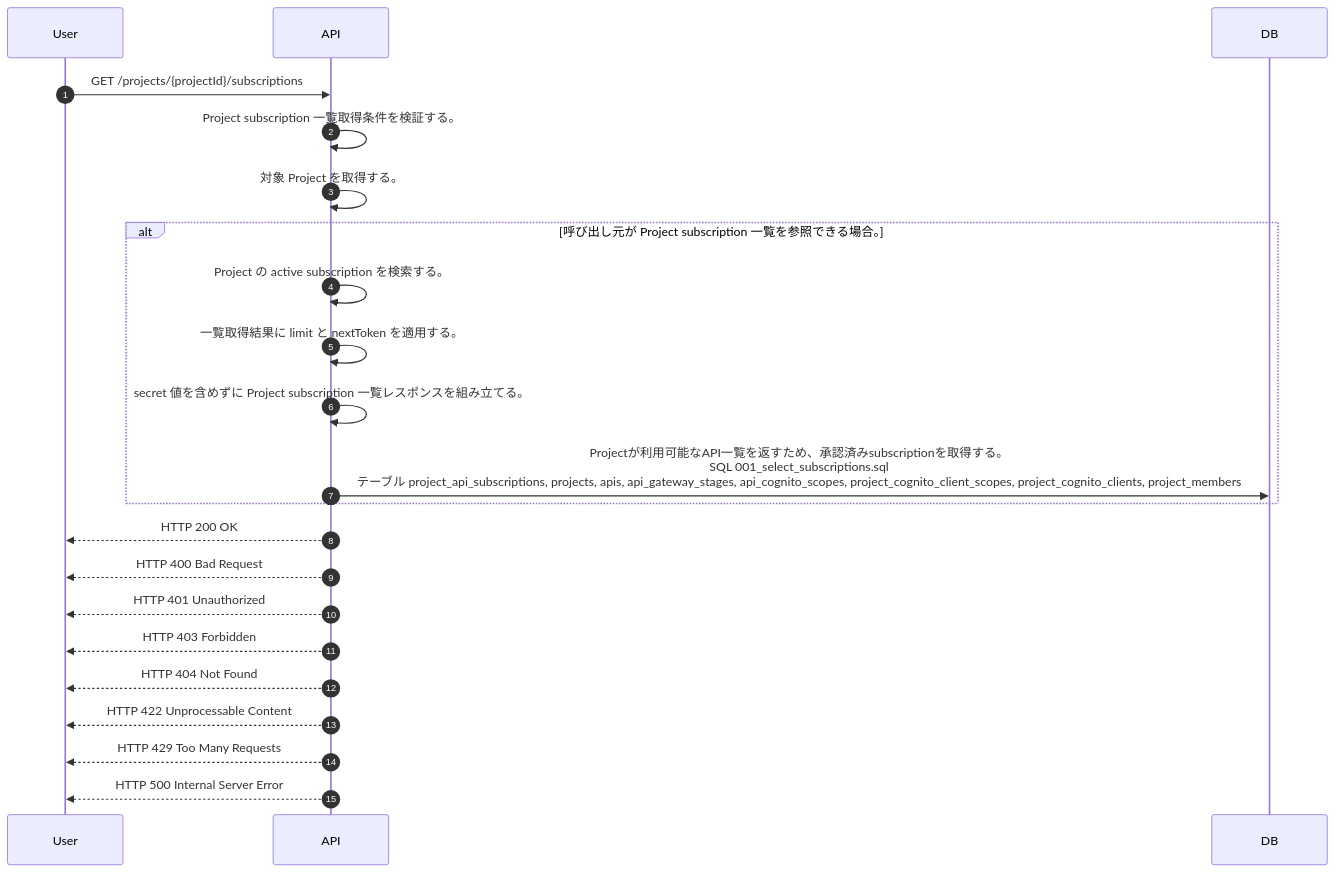
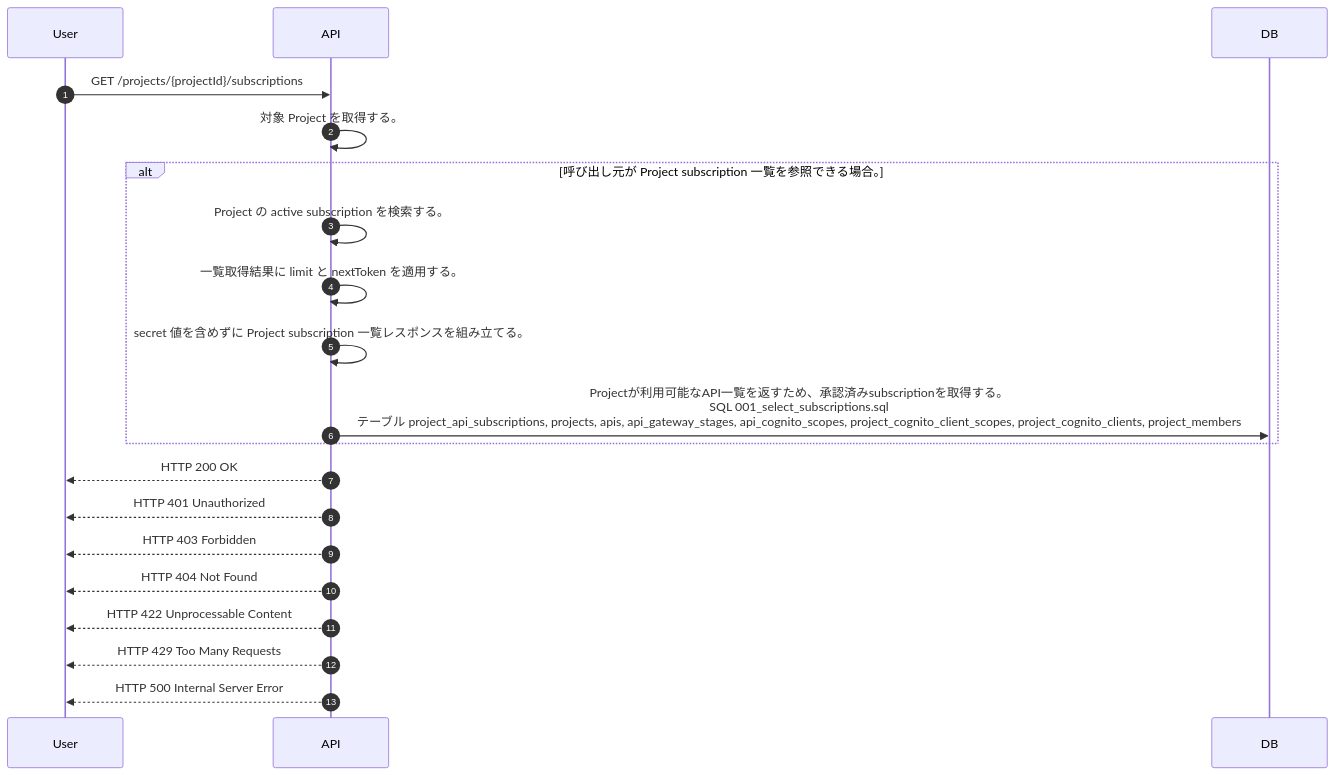
One commit to tsuji-tomonori/lazunex changed the diagram in docs/spec/40.apis/projects/list_project_subscriptions/sequence_gen.md. Above: the diagram before and after it, drawn with Mermaid. The commit also changed 39 other files, not shown here.

````diff
--- a/docs/spec/40.apis/projects/list_project_subscriptions/sequence_gen.md
+++ b/docs/spec/40.apis/projects/list_project_subscriptions/sequence_gen.md
@@ -5,24 +5,22 @@
 ```mermaid
 sequenceDiagram
   autonumber
   participant User as User
   participant API as API
   participant DB as DB
   User->>API: GET /projects/{projectId}/subscriptions
-  API->>API: Project subscription 一覧取得条件を検証する。
   API->>API: 対象 Project を取得する。
   alt 呼び出し元が Project subscription 一覧を参照できる場合。
     API->>API: Project の active subscription を検索する。
     API->>API: 一覧取得結果に limit と nextToken を適用する。
     API->>API: secret 値を含めずに Project subscription 一覧レスポンスを組み立てる。
     API->>DB: Projectが利用可能なAPI一覧を返すため、承認済みsubscriptionを取得する。<br/>SQL 001_select_subscriptions.sql<br/>テーブル project_api_subscriptions, projects, apis, api_gateway_stages, api_cognito_scopes, project_cognito_client_scopes, project_cognito_clients, project_members
   end
   API-->>User: HTTP 200 OK
-  API-->>User: HTTP 400 Bad Request
   API-->>User: HTTP 401 Unauthorized
   API-->>User: HTTP 403 Forbidden
   API-->>User: HTTP 404 Not Found
   API-->>User: HTTP 422 Unprocessable Content
   API-->>User: HTTP 429 Too Many Requests
   API-->>User: HTTP 500 Internal Server Error
 ```
````
